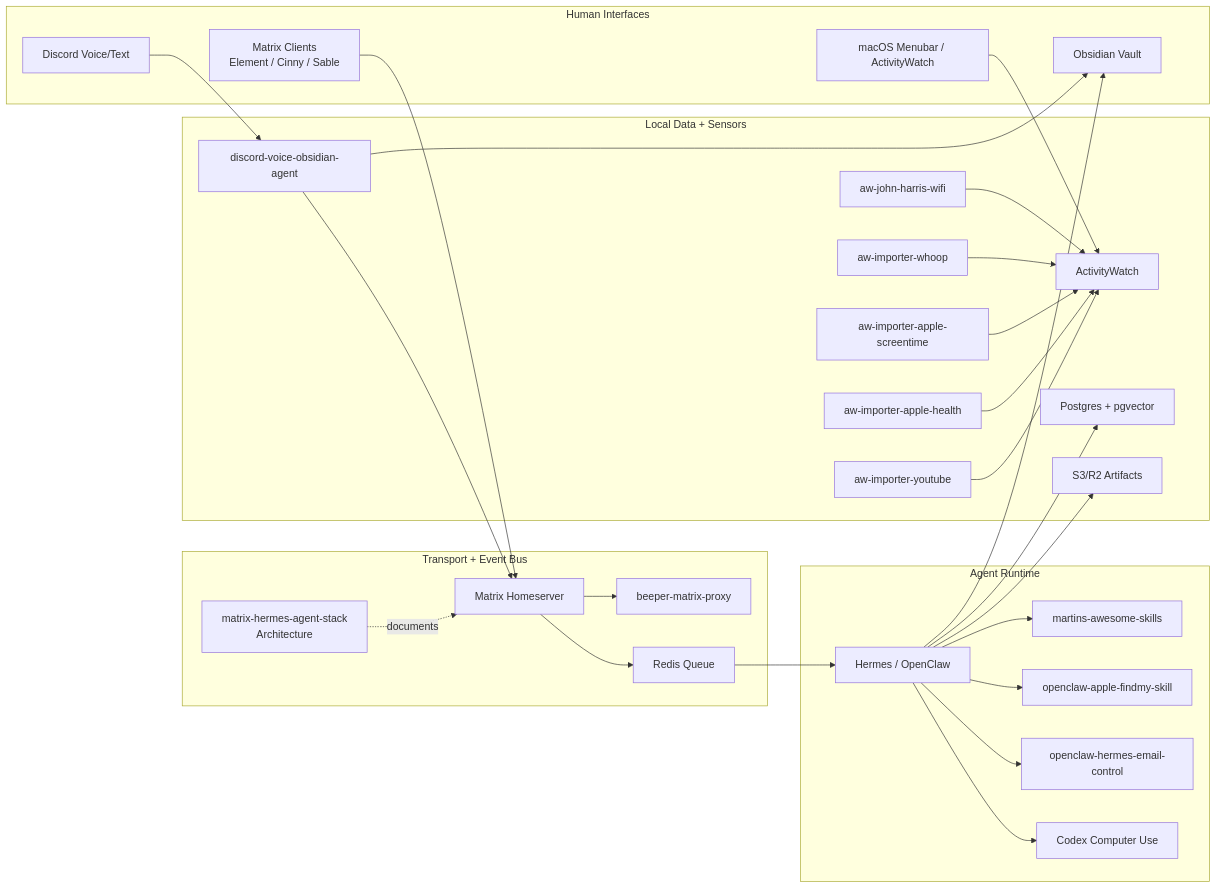
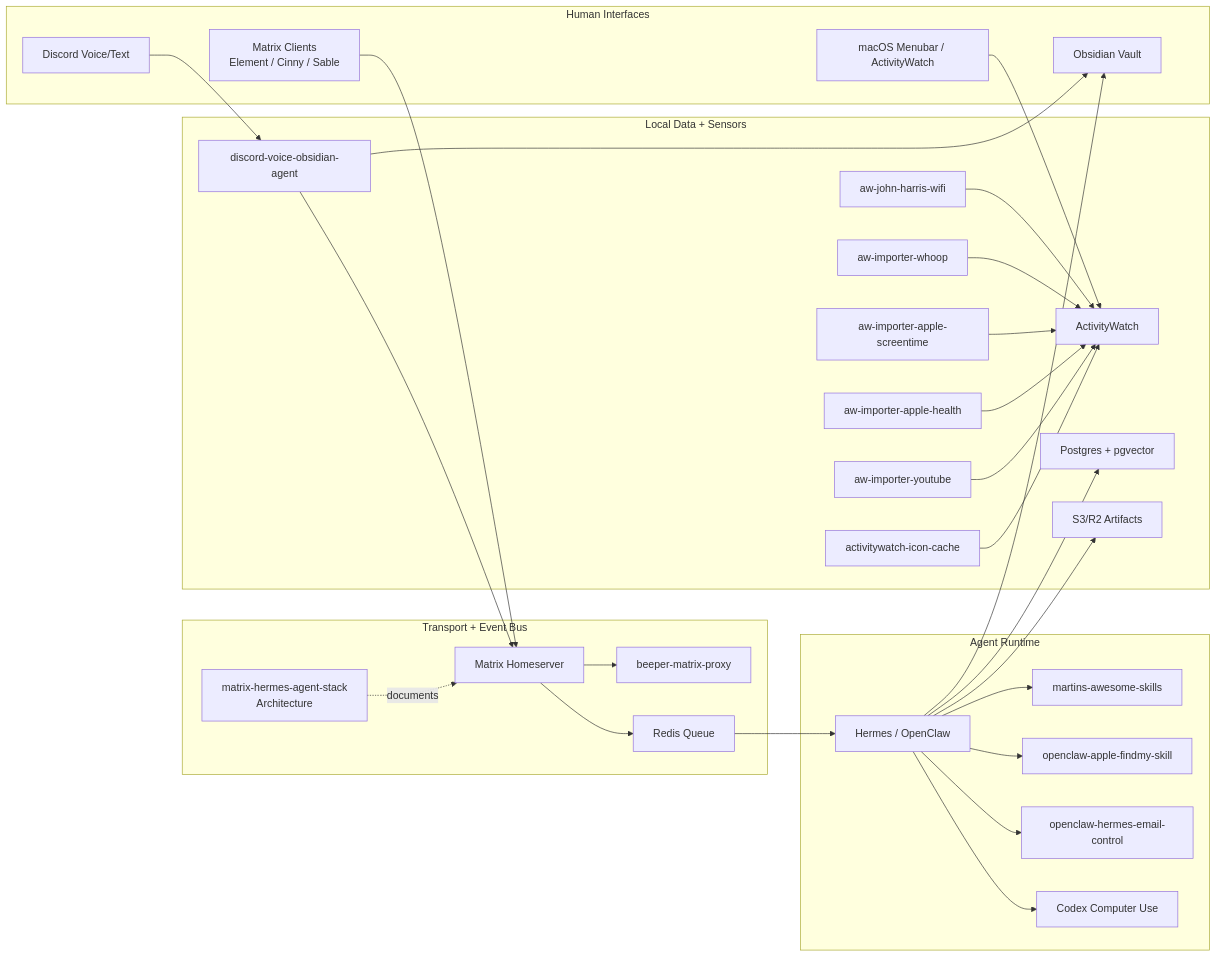
One commit to Martin-Hausleitner/credo changed the second of 2 diagrams in README.md. Above: the diagram before and after it, drawn with Mermaid. The commit also changed other lines of this file and 1 other file, not shown here.

````diff
--- a/README.md
+++ b/README.md
@@ -199,58 +203,60 @@
 ```mermaid
 flowchart LR
   subgraph Interfaces["Human Interfaces"]
     MatrixClient["Matrix Clients<br/>Element / Cinny / Sable"]
     Discord["Discord Voice/Text"]
     Obsidian["Obsidian Vault"]
     Menubar["macOS Menubar / ActivityWatch"]
   end
 
   subgraph Transport["Transport + Event Bus"]
     MatrixRepo["matrix-hermes-agent-stack<br/>Architecture"]
     Matrix["Matrix Homeserver"]
     BeeperProxy["beeper-matrix-proxy"]
     Redis["Redis Queue"]
   end
 
   subgraph Agents["Agent Runtime"]
     Hermes["Hermes / OpenClaw"]
     Skills["martins-awesome-skills"]
     FindMy["openclaw-apple-findmy-skill"]
     EmailCtrl["openclaw-hermes-email-control"]
     ComputerUse["Codex Computer Use"]
   end
 
   subgraph Data["Local Data + Sensors"]
     ActivityWatch["ActivityWatch"]
     Presence["aw-john-harris-wifi"]
     Whoop["aw-importer-whoop"]
     ScreenTime["aw-importer-apple-screentime"]
     AppleHealth["aw-importer-apple-health"]
     YouTube["aw-importer-youtube"]
+    IconCache["activitywatch-icon-cache"]
     Voice["discord-voice-obsidian-agent"]
     Pg["Postgres + pgvector"]
     S3["S3/R2 Artifacts"]
   end
 
   MatrixClient --> Matrix
   Discord --> Voice
   Menubar --> ActivityWatch
   Matrix --> BeeperProxy
   Matrix --> Redis
   Redis --> Hermes
   Hermes --> Skills
   Hermes --> FindMy
   Hermes --> EmailCtrl
   Hermes --> ComputerUse
   Hermes --> Obsidian
   Hermes --> Pg
   Hermes --> S3
   Presence --> ActivityWatch
   Whoop --> ActivityWatch
   ScreenTime --> ActivityWatch
   AppleHealth --> ActivityWatch
   YouTube --> ActivityWatch
+  IconCache --> ActivityWatch
   Voice --> Obsidian
   Voice --> Matrix
   MatrixRepo -.documents.-> Matrix
 ```
````
